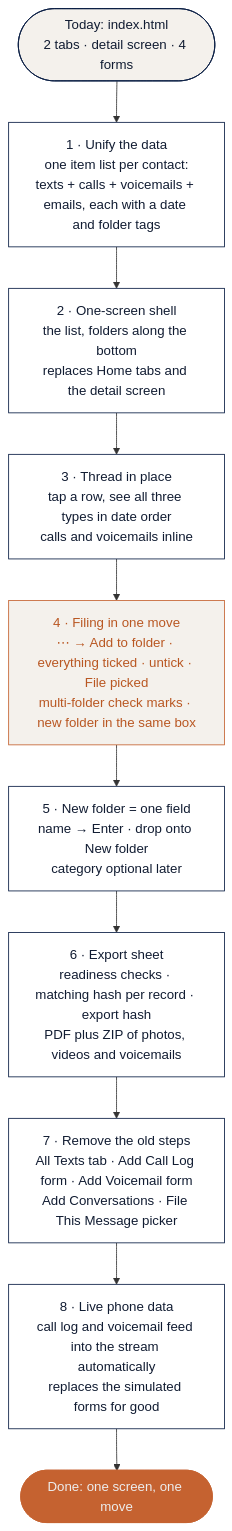
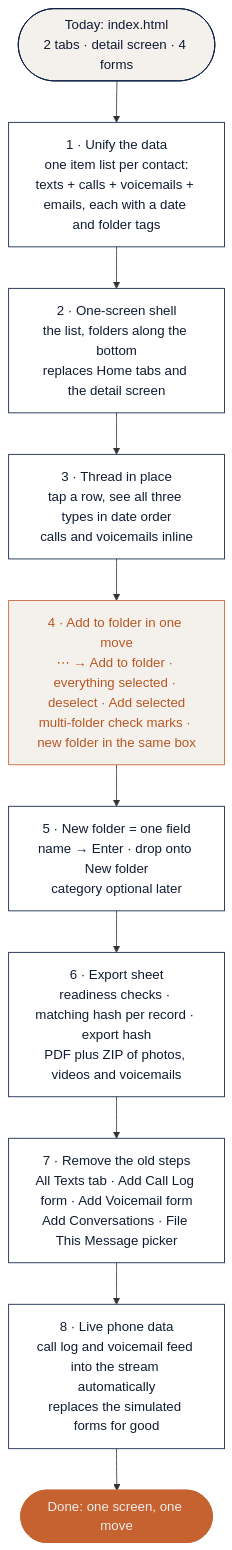
The second of 2 diagrams in v2/PLAN.md (CoachCotner/Recalltext), drawn with Mermaid before and after one commit. The commit also changed other lines of this file and 12 other files, not shown here.

First line of the commit message:
v2: consistent wording — select/selected, add to folder, attachments

````diff
--- a/v2/PLAN.md
+++ b/v2/PLAN.md
@@ -94,21 +94,21 @@
 ```mermaid
 flowchart TD
   A([Today: index.html<br/>2 tabs · detail screen · 4 forms]) --> B
   B[1 · Unify the data<br/>one item list per contact:<br/>texts + calls + voicemails + emails, each with a date and folder tags]
   B --> C[2 · One-screen shell<br/>the list, folders along the bottom<br/>replaces Home tabs and the detail screen]
   C --> D[3 · Thread in place<br/>tap a row, see all three types in date order<br/>calls and voicemails inline]
-  D --> E[4 · Filing in one move<br/>⋯ → Add to folder · everything ticked · untick · File picked<br/>multi-folder check marks · new folder in the same box]
+  D --> E[4 · Add to folder in one move<br/>⋯ → Add to folder · everything selected · deselect · Add selected<br/>multi-folder check marks · new folder in the same box]
   E --> F[5 · New folder = one field<br/>name → Enter · drop onto New folder<br/>category optional later]
   F --> J[6 · Export sheet<br/>readiness checks · matching hash per record · export hash<br/>PDF plus ZIP of photos, videos and voicemails]
   J --> K[7 · Remove the old steps<br/>All Texts tab · Add Call Log form · Add Voicemail form<br/>Add Conversations · File This Message picker]
   K --> L[8 · Live phone data<br/>call log and voicemail feed into the stream automatically<br/>replaces the simulated forms for good]
   L --> M([Done: one screen, one move])
   classDef now fill:#F4F1EC,stroke:#071B42,color:#111C32
   classDef step fill:#FFFFFF,stroke:#071B42,color:#111C32
   classDef key fill:#F4F1EC,stroke:#C56230,color:#B95722
   classDef done fill:#C56230,stroke:#C56230,color:#EDEDED
   class A now
   class B,C,D,F,J,K,L step
   class E key
   class M done
 ```
````
